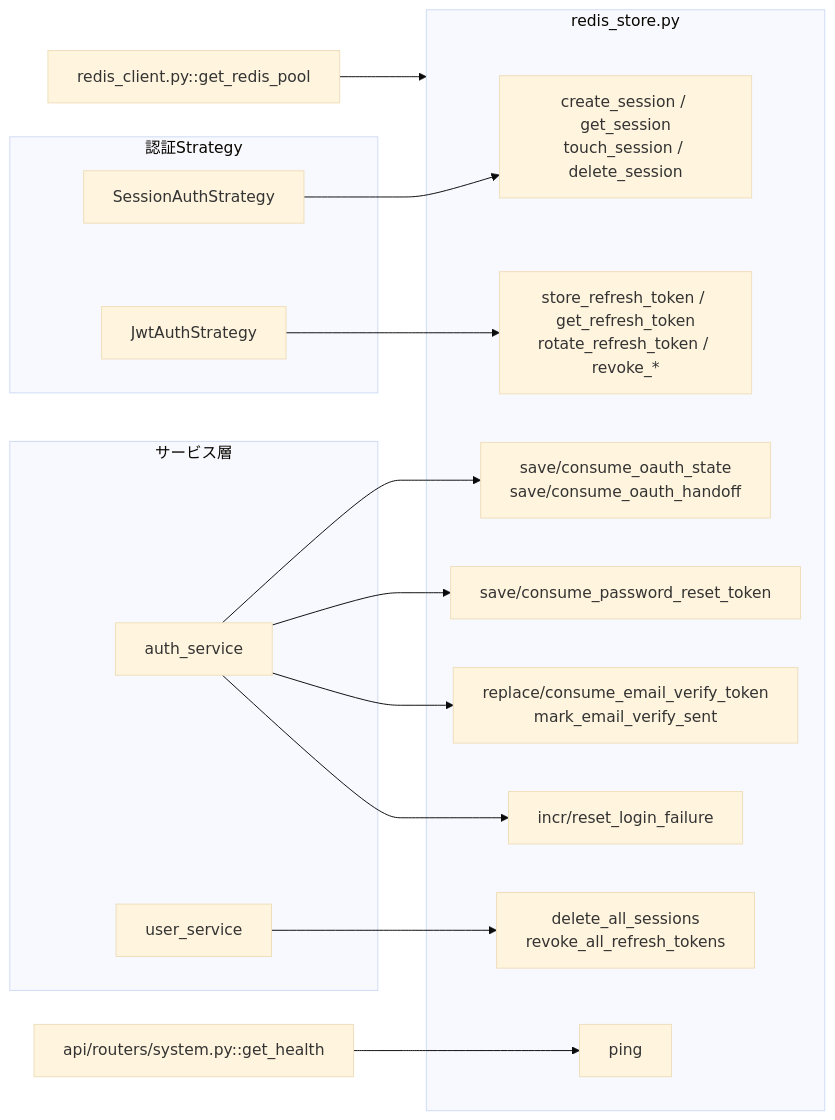
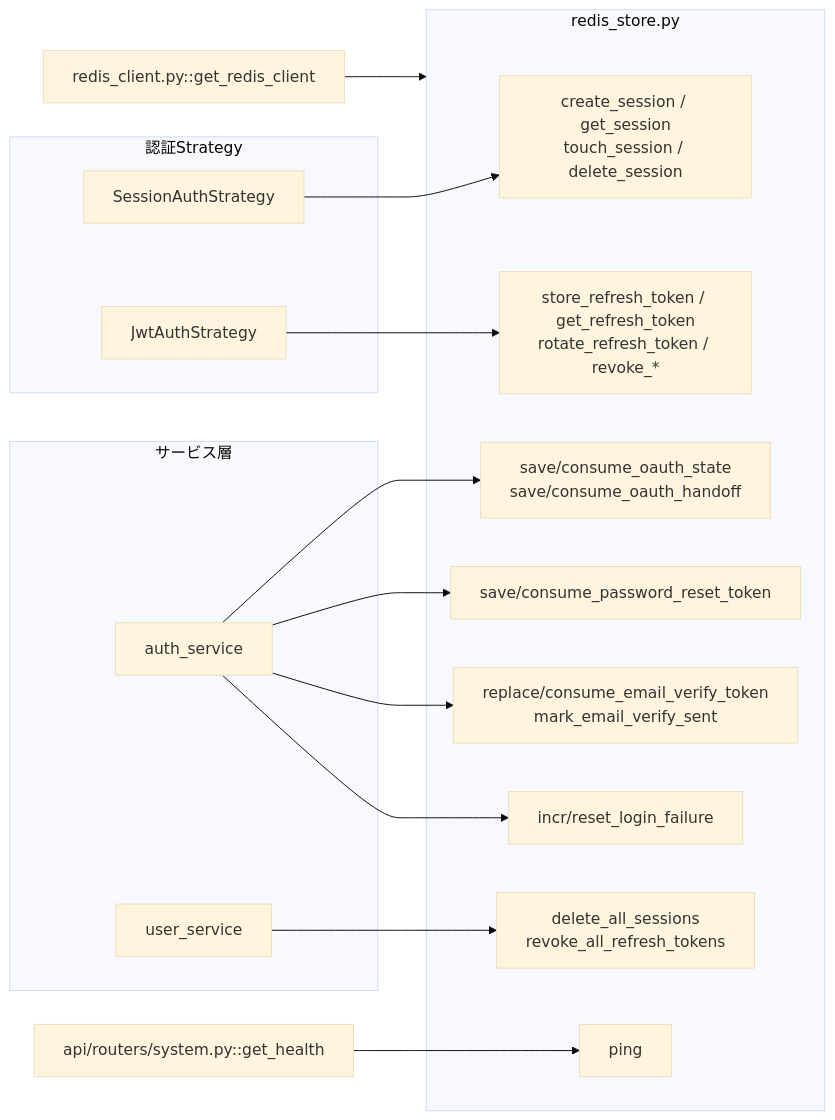
One commit to oikawa-d/task_management changed the fourth of 4 diagrams in docs/detailed_design/auth/08_redis_store.md. Above: the diagram before and after it, drawn with Mermaid (base theme). The commit also changed other lines of this file and 16 other files, not shown here.

````diff
--- a/docs/detailed_design/auth/08_redis_store.md
+++ b/docs/detailed_design/auth/08_redis_store.md
@@ -217,31 +217,31 @@
 ```mermaid
 flowchart LR
     subgraph strategy["認証Strategy"]
         SESS["SessionAuthStrategy"]
         JWTS["JwtAuthStrategy"]
     end
     subgraph service["サービス層"]
         AS["auth_service"]
         US["user_service"]
     end
     subgraph store["redis_store.py"]
         F1["create_session / get_session<br/>touch_session / delete_session"]
         F2["store_refresh_token / get_refresh_token<br/>rotate_refresh_token / revoke_*"]
         F3["save/consume_oauth_state<br/>save/consume_oauth_handoff"]
         F4["save/consume_password_reset_token"]
         F5["replace/consume_email_verify_token<br/>mark_email_verify_sent"]
         F6["incr/reset_login_failure"]
         F7["delete_all_sessions<br/>revoke_all_refresh_tokens"]
         F8["ping"]
     end
-    CLIENT["redis_client.py::get_redis_pool"] --> store
+    CLIENT["redis_client.py::get_redis_client"] --> store
 
     SESS --> F1
     JWTS --> F2
     AS --> F3
     AS --> F4
     AS --> F5
     AS --> F6
     US --> F7
     HEALTH["api/routers/system.py::get_health"] --> F8
 ```
````
